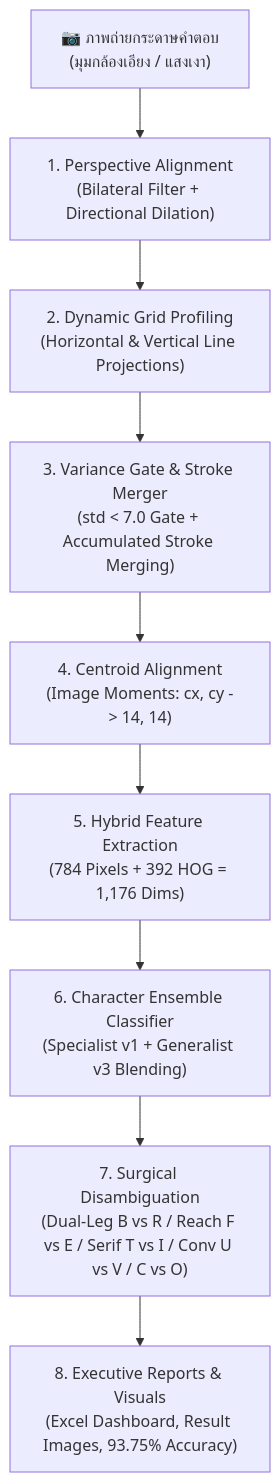
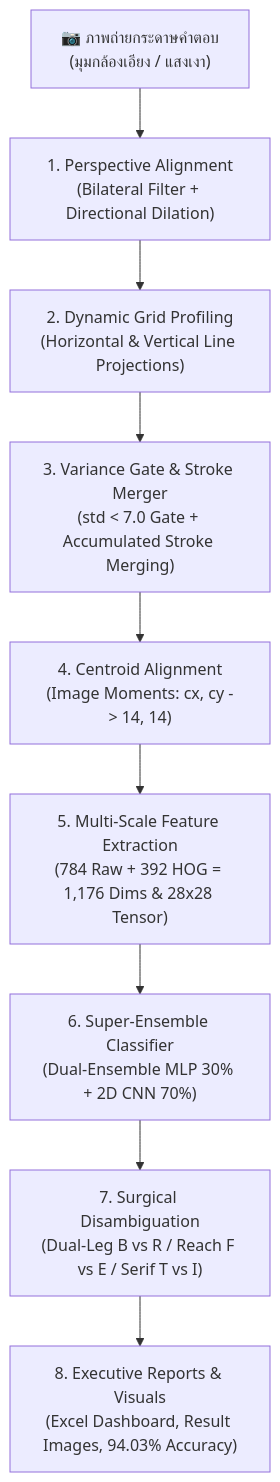
Before and after one commit to 67160213-ux/Project_CV: the diagram in howtodo.md, drawn with Mermaid. The commit also changed other lines of this file and 2 other files, not shown here.

````diff
--- a/howtodo.md
+++ b/howtodo.md
@@ -36,11 +82,11 @@
 ```mermaid
 graph TD
     A["📷 ภาพถ่ายกระดาษคำตอบ<br/>(มุมกล้องเอียง / แสงเงา)"] --> B["1. Perspective Alignment<br/>(Bilateral Filter + Directional Dilation)"]
     B --> C["2. Dynamic Grid Profiling<br/>(Horizontal & Vertical Line Projections)"]
     C --> D["3. Variance Gate & Stroke Merger<br/>(std < 7.0 Gate + Accumulated Stroke Merging)"]
     D --> E["4. Centroid Alignment<br/>(Image Moments: cx, cy -> 14, 14)"]
-    E --> F["5. Hybrid Feature Extraction<br/>(784 Pixels + 392 HOG = 1,176 Dims)"]
-    F --> G["6. Character Ensemble Classifier<br/>(Specialist v1 + Generalist v3 Blending)"]
-    G --> H["7. Surgical Disambiguation<br/>(Dual-Leg B vs R / Reach F vs E / Serif T vs I / Conv U vs V / C vs O)"]
-    H --> I["8. Executive Reports & Visuals<br/>(Excel Dashboard, Result Images, 93.75% Accuracy)"]
+    E --> F["5. Multi-Scale Feature Extraction<br/>(784 Raw + 392 HOG = 1,176 Dims & 28x28 Tensor)"]
+    F --> G["6. Super-Ensemble Classifier<br/>(Dual-Ensemble MLP 30% + 2D CNN 70%)"]
+    G --> H["7. Surgical Disambiguation<br/>(Dual-Leg B vs R / Reach F vs E / Serif T vs I)"]
+    H --> I["8. Executive Reports & Visuals<br/>(Excel Dashboard, Result Images, 94.03% Accuracy)"]
 ```
````
